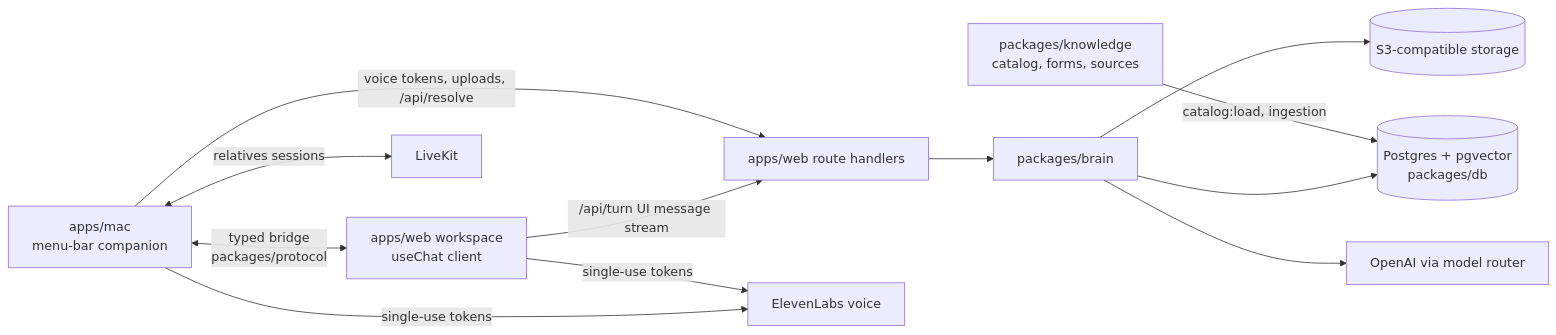
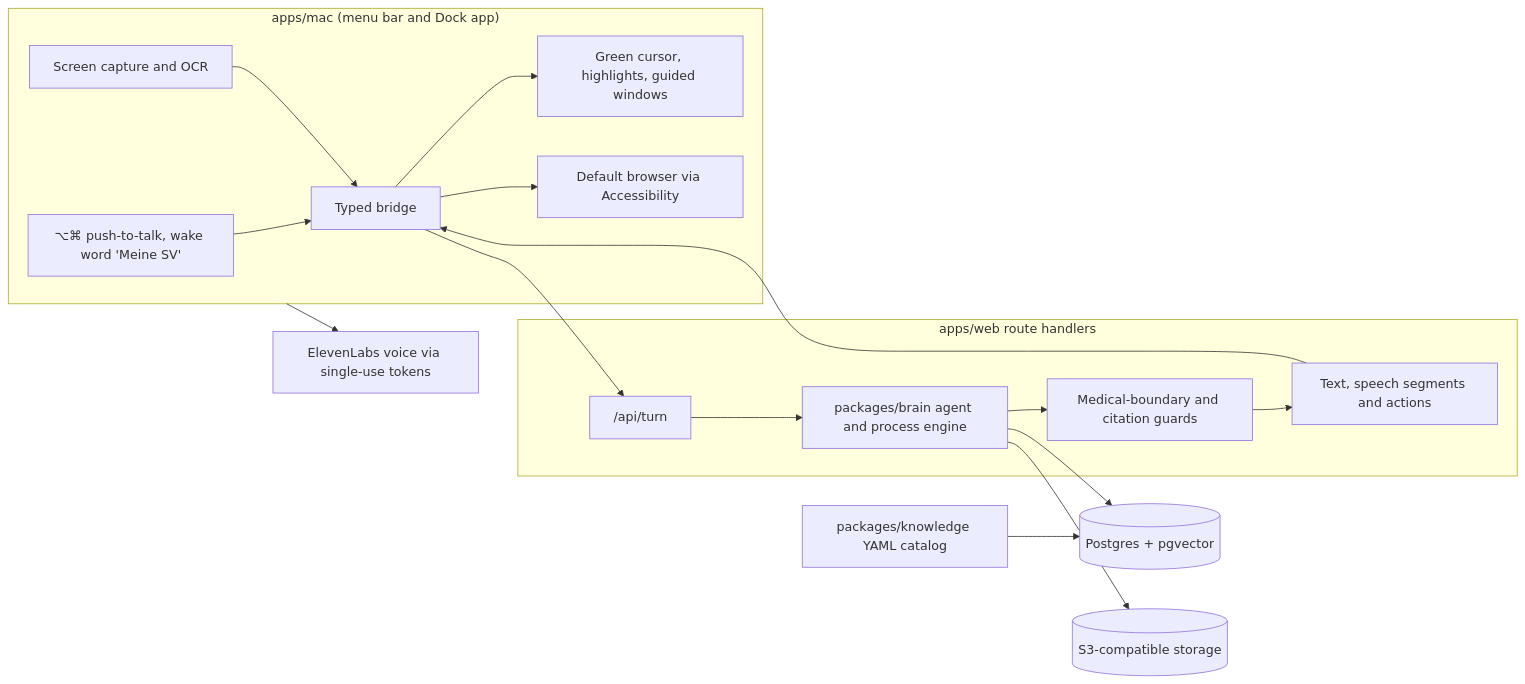
Before and after one commit to Julian-AT/sv-lotse: the diagram in README.md, drawn with Mermaid. The commit also changed other lines of this file, not shown here.

````diff
--- a/README.md
+++ b/README.md
@@ -27,14 +56,20 @@
 ```mermaid
 flowchart LR
-    MAC[apps/mac<br/>menu-bar companion] <-->|typed bridge<br/>packages/protocol| WEB[apps/web workspace<br/>useChat client]
-    WEB -->|/api/turn UI message stream| API[apps/web route handlers]
-    MAC -->|voice tokens, uploads, /api/resolve| API
-    API --> BRAIN[packages/brain]
-    BRAIN --> DB[(Postgres + pgvector<br/>packages/db)]
-    BRAIN --> S3[(S3-compatible storage)]
-    BRAIN --> AI[OpenAI via model router]
-    KNOW[packages/knowledge<br/>catalog, forms, sources] -->|catalog:load, ingestion| DB
-    MAC -->|single-use tokens| XI[ElevenLabs voice]
-    WEB -->|single-use tokens| XI
-    MAC <-->|relatives sessions| RTC[LiveKit]
+  subgraph Mac["apps/mac (menu bar and Dock app)"]
+    Voice["⌥⌘ push-to-talk, wake word 'Meine SV'"] --> Bridge[Typed bridge]
+    Screen[Screen capture and OCR] --> Bridge
+    Bridge --> Cursor[Green cursor, highlights, guided windows]
+    Bridge --> Browser[Default browser via Accessibility]
+  end
+  subgraph Server["apps/web route handlers"]
+    Turn["/api/turn"] --> Brain[packages/brain agent and process engine]
+    Brain --> Guards[Medical-boundary and citation guards]
+    Guards --> Stream[Text, speech segments and actions]
+  end
+  Bridge --> Turn
+  Stream --> Bridge
+  Brain --> DB[(Postgres + pgvector)]
+  Brain --> S3[(S3-compatible storage)]
+  Knowledge[packages/knowledge YAML catalog] --> DB
+  Mac --> XI[ElevenLabs voice via single-use tokens]
 ```
````
